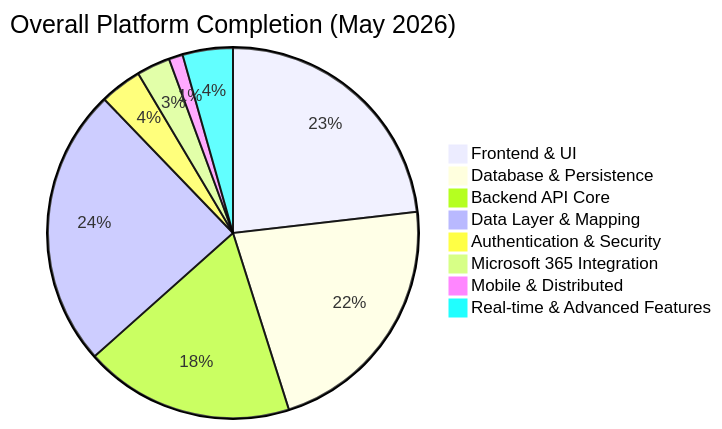
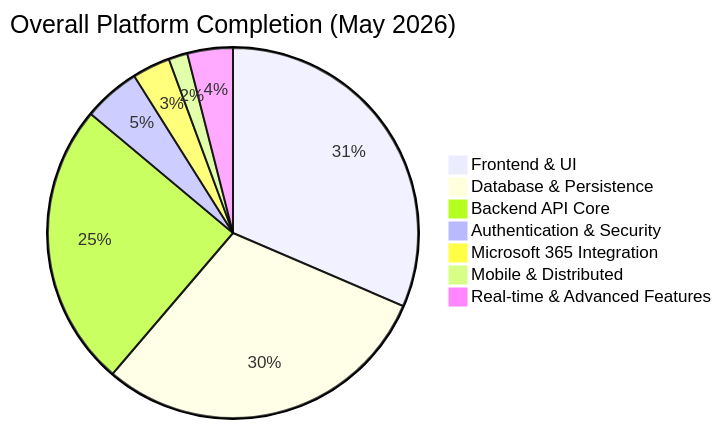
The first of 4 diagrams in README.md (iceccarelli/bahn-project-manager), drawn with Mermaid before and after one commit. The commit also changed other lines of this file, not shown here.

````diff
--- a/README.md
+++ b/README.md
@@ -59,11 +59,10 @@
 ```mermaid
 pie title Overall Platform Completion (May 2026)
     "Frontend & UI" : 95
     "Database & Persistence" : 90
     "Backend API Core" : 75
-    "Data Layer & Mapping" : 100
     "Authentication & Security" : 15
-    "Microsoft 365 Integration" : 12
+    "Microsoft 365 Integration" : 10
     "Mobile & Distributed" : 5
-    "Real-time & Advanced Features" : 18
+    "Real-time & Advanced Features" : 12
 ```
````
